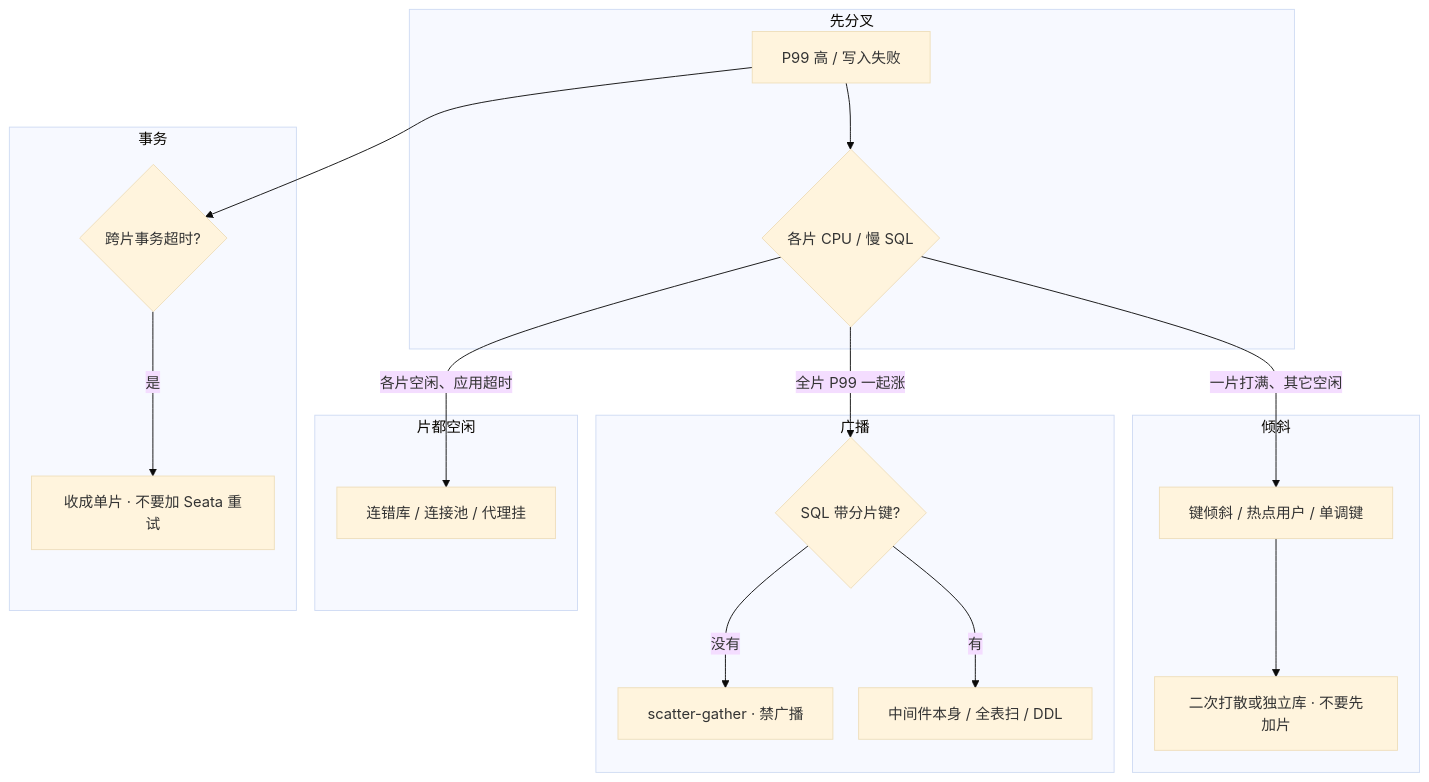
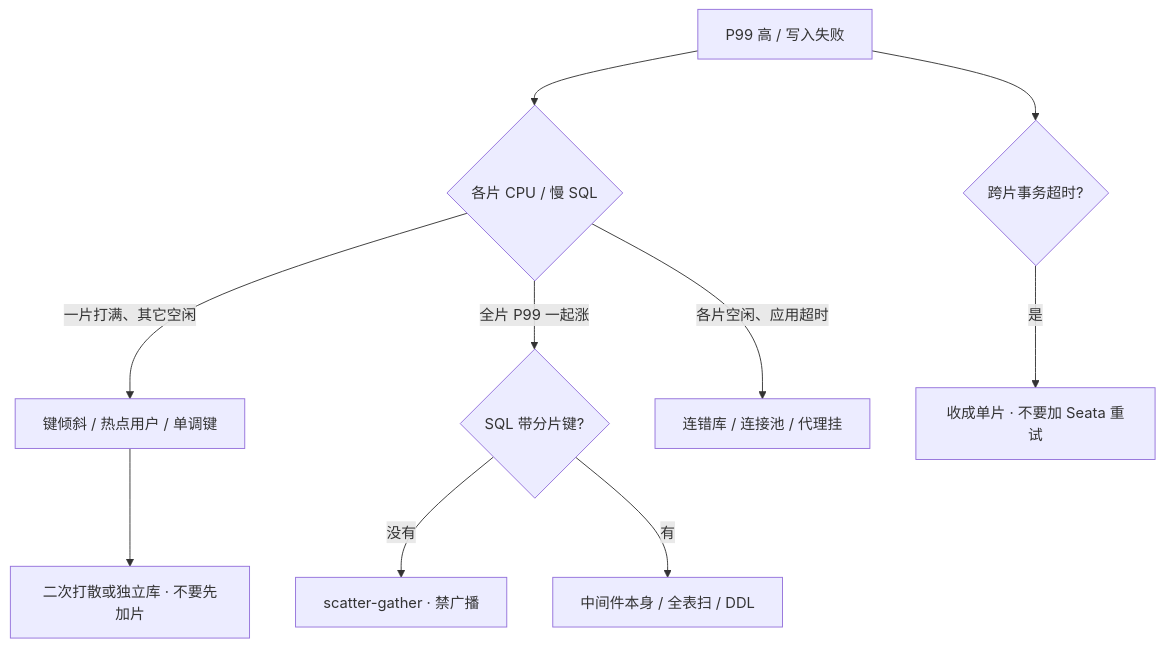
One commit to ml-cuizijun/LearnToLilith changed the sixth of 6 diagrams in 02-中间件与数据库/07-分库分表与中间件/知识点.md. Above: the diagram before and after it, drawn with Mermaid. The commit also changed other lines of this file and 178 other files, not shown here.

````diff
--- a/02-中间件与数据库/07-分库分表与中间件/知识点.md
+++ b/02-中间件与数据库/07-分库分表与中间件/知识点.md
@@ -641,31 +472,12 @@
 ```mermaid
-%%{init: {"flowchart": {"padding": 16, "nodeSpacing": 28, "rankSpacing": 48}, "theme": "base"}}%%
 flowchart TB
-    subgraph gate ["先分叉"]
-        A[P99 高 / 写入失败] --> B{各片 CPU / 慢 SQL}
-    end
-
-    subgraph tilt ["倾斜"]
-        B -->|一片打满、其它空闲| C[键倾斜 / 热点用户 / 单调键]
-        C --> C1[二次打散或独立库 · 不要先加片]
-    end
-
-    subgraph scatter ["广播"]
-        B -->|全片 P99 一起涨| D{SQL 带分片键?}
-        D -->|没有| E[scatter-gather · 禁广播]
-        D -->|有| F[中间件本身 / 全表扫 / DDL]
-    end
-
-    subgraph empty ["片都空闲"]
-        B -->|各片空闲、应用超时| G[连错库 / 连接池 / 代理挂]
-    end
-
-    subgraph tx ["事务"]
-        A --> H{跨片事务超时?}
-        H -->|是| I[收成单片 · 不要加 Seata 重试]
-    end
-
-    class E,I bad
-    class C1 ok
-
+    A[P99 高 / 写入失败] --> B{各片 CPU / 慢 SQL}
+    B -->|一片打满、其它空闲| C[键倾斜 / 热点用户 / 单调键]
+    C --> C1[二次打散或独立库 · 不要先加片]
+    B -->|全片 P99 一起涨| D{SQL 带分片键?}
+    D -->|没有| E[scatter-gather · 禁广播]
+    D -->|有| F[中间件本身 / 全表扫 / DDL]
+    B -->|各片空闲、应用超时| G[连错库 / 连接池 / 代理挂]
+    A --> H{跨片事务超时?}
+    H -->|是| I[收成单片 · 不要加 Seata 重试]
 ```
````
